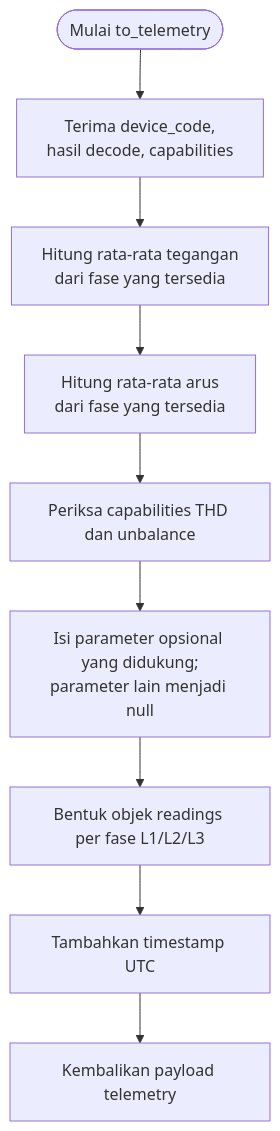
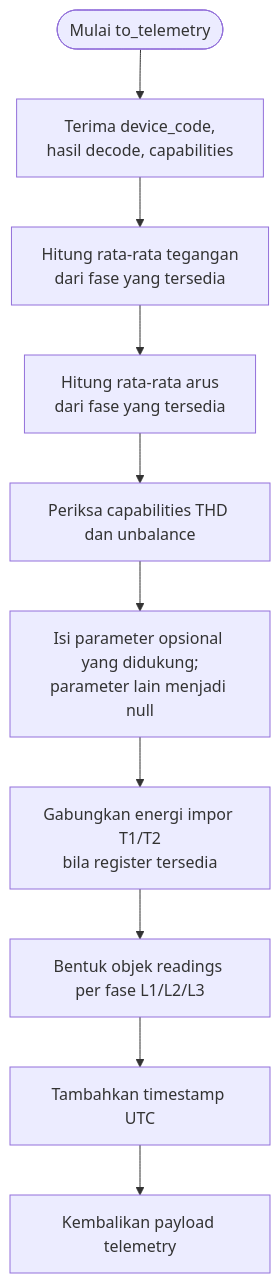
Before and after one commit to etbimm/energy-monitoring-system: the third of 7 diagrams in docs/program-flowchart.md, drawn with Mermaid. The commit also changed other lines of this file and 59 other files, not shown here.

Commit message:
1. Update addressing parameter power meter 2. Fixing bug 3. Update flowchart & diagram blok

````diff
--- a/docs/program-flowchart.md
+++ b/docs/program-flowchart.md
@@ -164,11 +188,12 @@
 ```mermaid
 flowchart TD
     A([Mulai to_telemetry]) --> B[Terima device_code,<br/>hasil decode, capabilities]
     B --> C[Hitung rata-rata tegangan<br/>dari fase yang tersedia]
     C --> D[Hitung rata-rata arus<br/>dari fase yang tersedia]
     D --> E[Periksa capabilities THD dan unbalance]
     E --> F[Isi parameter opsional yang didukung;<br/>parameter lain menjadi null]
-    F --> G[Bentuk objek readings per fase L1/L2/L3]
-    G --> H[Tambahkan timestamp UTC]
-    H --> I[Kembalikan payload telemetry]
+    F --> G[Gabungkan energi impor T1/T2<br/>bila register tersedia]
+    G --> H[Bentuk objek readings per fase L1/L2/L3]
+    H --> I[Tambahkan timestamp UTC]
+    I --> J[Kembalikan payload telemetry]
 ```
````
